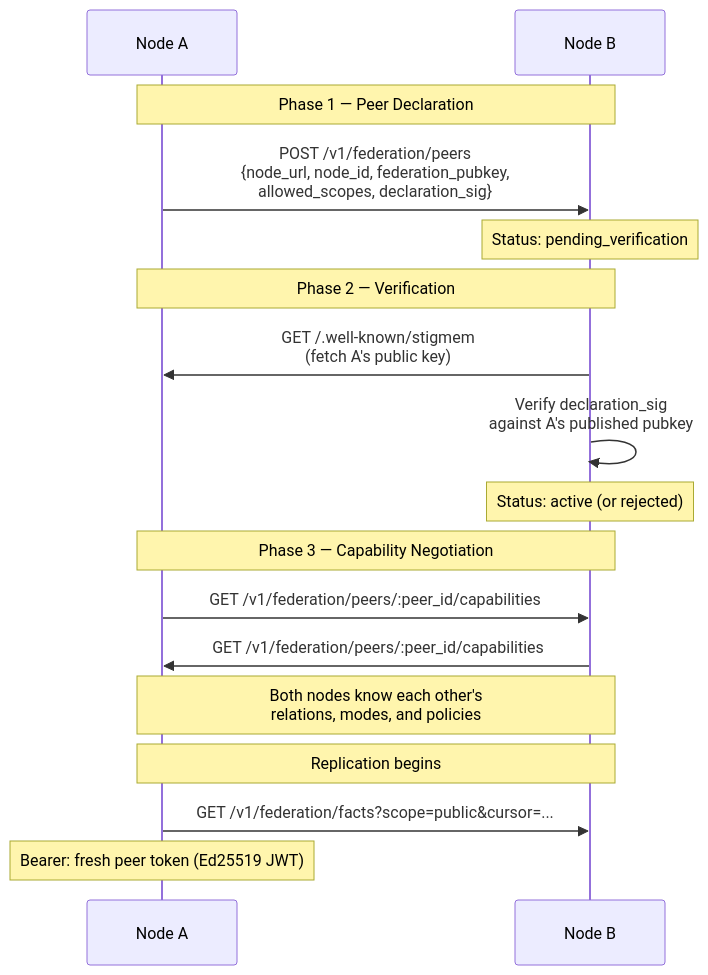
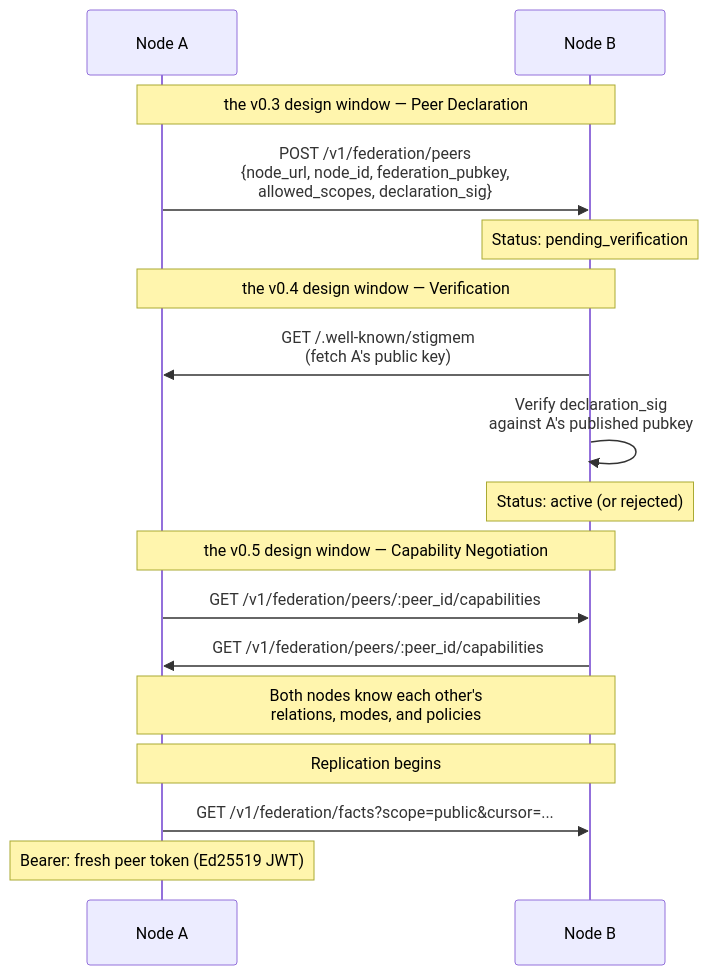
One commit to eidetic-labs/stigmem changed the diagram in docs/docs/concepts/federation/federation-handshake.md. Above: the diagram before and after it, drawn with Mermaid. The commit also changed other lines of this file and 70 other files, not shown here.

````diff
--- a/docs/docs/concepts/federation/federation-handshake.md
+++ b/docs/docs/concepts/federation/federation-handshake.md
@@ -28,23 +28,23 @@
 ```mermaid
 sequenceDiagram
     participant A as Node A
     participant B as Node B
 
-    Note over A,B: Phase 1 — Peer Declaration
+    Note over A,B: the v0.3 design window — Peer Declaration
     A->>B: POST /v1/federation/peers<br/>{node_url, node_id, federation_pubkey,<br/>allowed_scopes, declaration_sig}
     Note over B: Status: pending_verification
 
-    Note over A,B: Phase 2 — Verification
+    Note over A,B: the v0.4 design window — Verification
     B->>A: GET /.well-known/stigmem<br/>(fetch A's public key)
     B->>B: Verify declaration_sig<br/>against A's published pubkey
     Note over B: Status: active (or rejected)
 
-    Note over A,B: Phase 3 — Capability Negotiation
+    Note over A,B: the v0.5 design window — Capability Negotiation
     A->>B: GET /v1/federation/peers/:peer_id/capabilities
     B->>A: GET /v1/federation/peers/:peer_id/capabilities
     Note over A,B: Both nodes know each other's<br/>relations, modes, and policies
 
     Note over A,B: Replication begins
     A->>B: GET /v1/federation/facts?scope=public&cursor=...
     Note over A: Bearer: fresh peer token (Ed25519 JWT)
 ```
````
